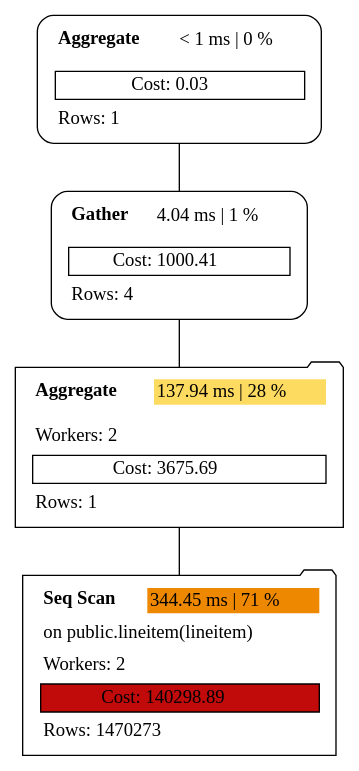
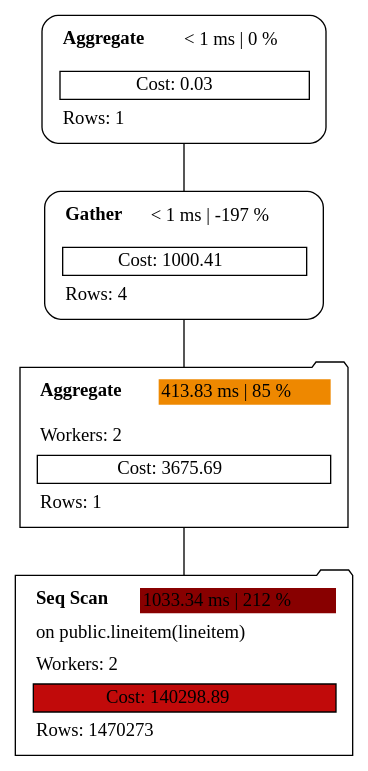
The diagram in examples/plan_parallel.dot (sanpii/explain), drawn with Graphviz before and after one commit. The commit also changed 13 other files, not shown here.

```diff
--- a/examples/plan_parallel.dot
+++ b/examples/plan_parallel.dot
@@ -1,9 +1,9 @@
 graph explain {
     node0[label=<<table border="0" cellborder="0" cellspacing="5"><tr><td align="left"><b>Aggregate</b></td><td>&lt; 1 ms | 0 %</td></tr><tr><td colspan="2" align="left"></td></tr><tr><td colspan="2" border="1" >Cost: 0.03</td></tr><tr><td colspan="2" align="left">Rows: 1</td></tr></table>>][style="rounded"][shape="box"];
-    node1[label=<<table border="0" cellborder="0" cellspacing="5"><tr><td align="left"><b>Gather</b></td><td bgcolor="white">4.04 ms | 1 %</td></tr><tr><td colspan="2" align="left"></td></tr><tr><td colspan="2" border="1" >Cost: 1000.41</td></tr><tr><td colspan="2" align="left">Rows: 4</td></tr></table>>][style="rounded"][shape="box"];
-    node2[label=<<table border="0" cellborder="0" cellspacing="5"><tr><td align="left"><b>Aggregate</b></td><td bgcolor="#fddb61">137.94 ms | 28 %</td></tr><tr><td colspan="2" align="left"></td></tr><tr><td colspan="2" align="left">Workers: 2</td></tr><tr><td colspan="2" border="1" >Cost: 3675.69</td></tr><tr><td colspan="2" align="left">Rows: 1</td></tr></table>>][style="rounded"][shape="folder"];
-    node3[label=<<table border="0" cellborder="0" cellspacing="5"><tr><td align="left"><b>Seq Scan</b></td><td bgcolor="#ee8800">344.45 ms | 71 %</td></tr><tr><td colspan="2" align="left">on public.lineitem(lineitem)</td></tr><tr><td colspan="2" align="left">Workers: 2</td></tr><tr><td colspan="2" border="1" bgcolor="#c10a0a">Cost: 140298.89</td></tr><tr><td colspan="2" align="left">Rows: 1470273</td></tr></table>>][style="rounded"][shape="folder"];
+    node1[label=<<table border="0" cellborder="0" cellspacing="5"><tr><td align="left"><b>Gather</b></td><td>&lt; 1 ms | -197 %</td></tr><tr><td colspan="2" align="left"></td></tr><tr><td colspan="2" border="1" >Cost: 1000.41</td></tr><tr><td colspan="2" align="left">Rows: 4</td></tr></table>>][style="rounded"][shape="box"];
+    node2[label=<<table border="0" cellborder="0" cellspacing="5"><tr><td align="left"><b>Aggregate</b></td><td bgcolor="#ee8800">413.83 ms | 85 %</td></tr><tr><td colspan="2" align="left"></td></tr><tr><td colspan="2" align="left">Workers: 2</td></tr><tr><td colspan="2" border="1" >Cost: 3675.69</td></tr><tr><td colspan="2" align="left">Rows: 1</td></tr></table>>][style="rounded"][shape="folder"];
+    node3[label=<<table border="0" cellborder="0" cellspacing="5"><tr><td align="left"><b>Seq Scan</b></td><td bgcolor="#880000">1033.34 ms | 212 %</td></tr><tr><td colspan="2" align="left">on public.lineitem(lineitem)</td></tr><tr><td colspan="2" align="left">Workers: 2</td></tr><tr><td colspan="2" border="1" bgcolor="#c10a0a">Cost: 140298.89</td></tr><tr><td colspan="2" align="left">Rows: 1470273</td></tr></table>>][style="rounded"][shape="folder"];
     node0 -- node1[label=""];
     node1 -- node2[label=""];
     node2 -- node3[label=""];
 }
```
